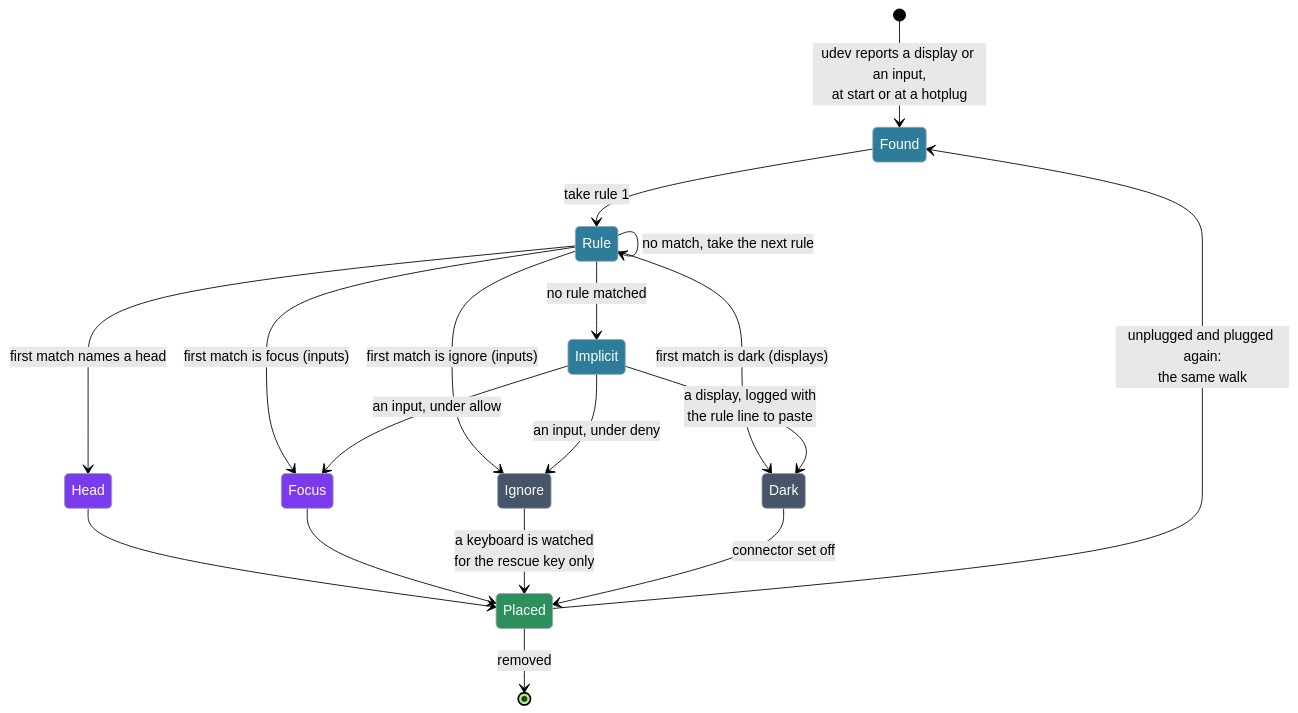
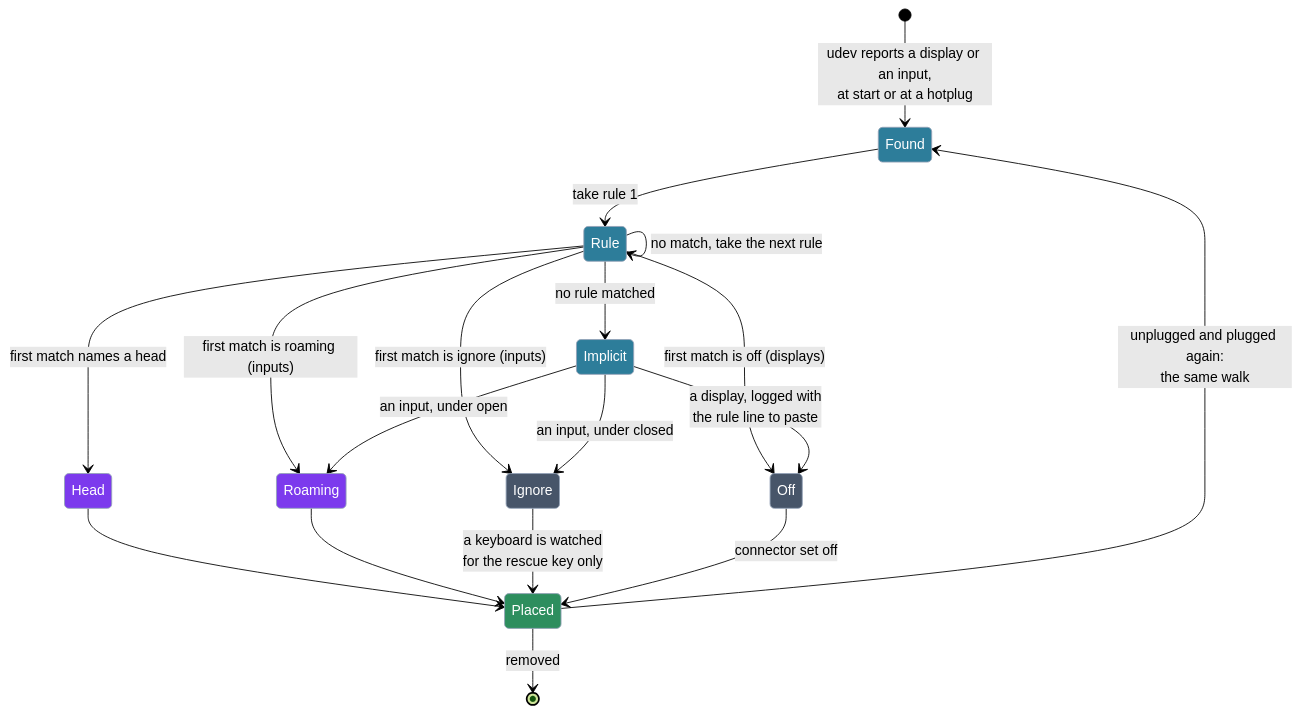
Before and after one commit to vtium/vtium: the second of 5 diagrams in docs/architecture/platform/ADR-1401-heads-a-terminal-per-physical-display-placed-by-a-first-match-ruleset.md, drawn with Mermaid (forest theme). The commit also changed other lines of this file and 9 other files, not shown here.

````diff
--- a/docs/architecture/platform/ADR-1401-heads-a-terminal-per-physical-display-placed-by-a-first-match-ruleset.md
+++ b/docs/architecture/platform/ADR-1401-heads-a-terminal-per-physical-display-placed-by-a-first-match-ruleset.md
@@ -381,28 +383,28 @@
 ```mermaid
 stateDiagram-v2
     [*] --> Found: udev reports a display or an input,<br>at start or at a hotplug
     Found --> Rule: take rule 1
     Rule --> Rule: no match, take the next rule
     Rule --> Head: first match names a head
-    Rule --> Focus: first match is focus (inputs)
+    Rule --> Roaming: first match is roaming (inputs)
     Rule --> Ignore: first match is ignore (inputs)
-    Rule --> Dark: first match is dark (displays)
+    Rule --> Off: first match is off (displays)
     Rule --> Implicit: no rule matched
-    Implicit --> Dark: a display, logged with<br>the rule line to paste
-    Implicit --> Focus: an input, under allow
-    Implicit --> Ignore: an input, under deny
+    Implicit --> Off: a display, logged with<br>the rule line to paste
+    Implicit --> Roaming: an input, under open
+    Implicit --> Ignore: an input, under closed
     Head --> Placed
-    Focus --> Placed
+    Roaming --> Placed
     Ignore --> Placed: a keyboard is watched<br>for the rescue key only
-    Dark --> Placed: connector set off
+    Off --> Placed: connector set off
     Placed --> [*]: removed
     Placed --> Found: unplugged and plugged again:<br>the same walk
     classDef step fill:#2d7d9a,color:#ffffff,stroke:#94a3b8
     classDef core fill:#7c3aed,color:#ffffff,stroke:#94a3b8
     classDef inert fill:#475569,color:#ffffff,stroke:#94a3b8
     classDef done fill:#2d8e5e,color:#ffffff,stroke:#94a3b8
     class Found,Rule,Implicit step
-    class Head,Focus core
-    class Ignore,Dark inert
+    class Head,Roaming core
+    class Ignore,Off inert
     class Placed done
 ```
````
